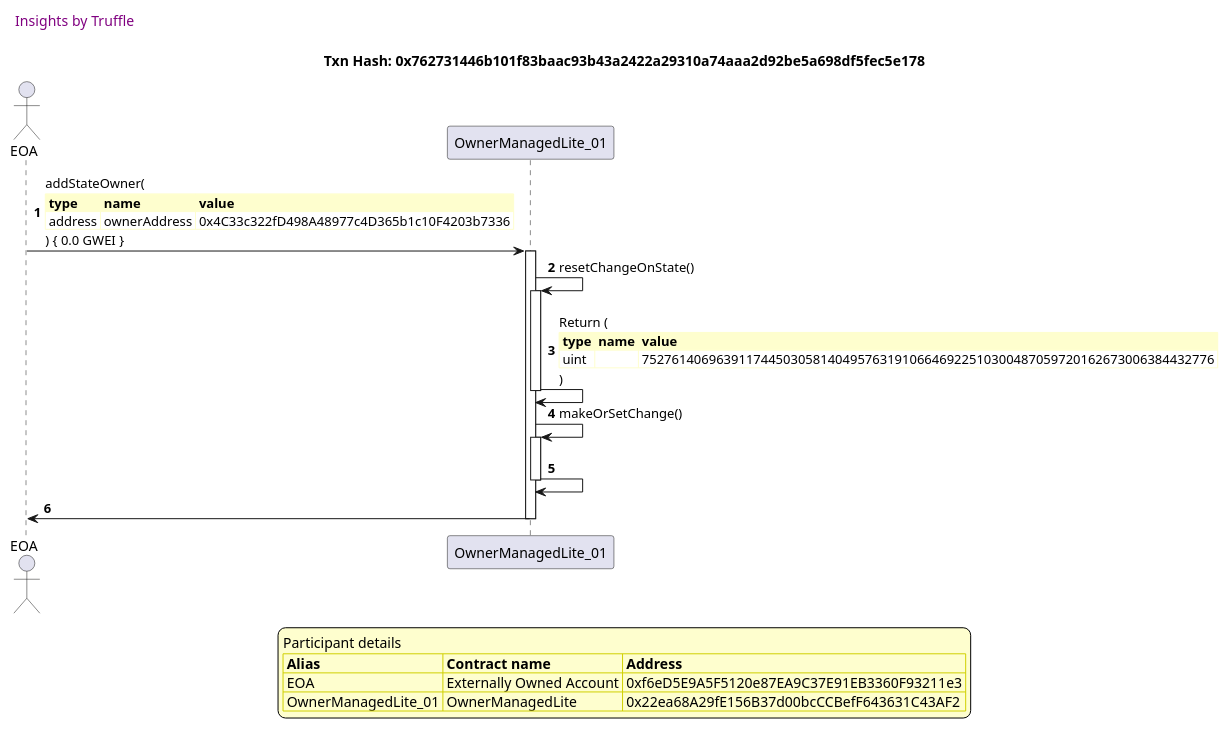
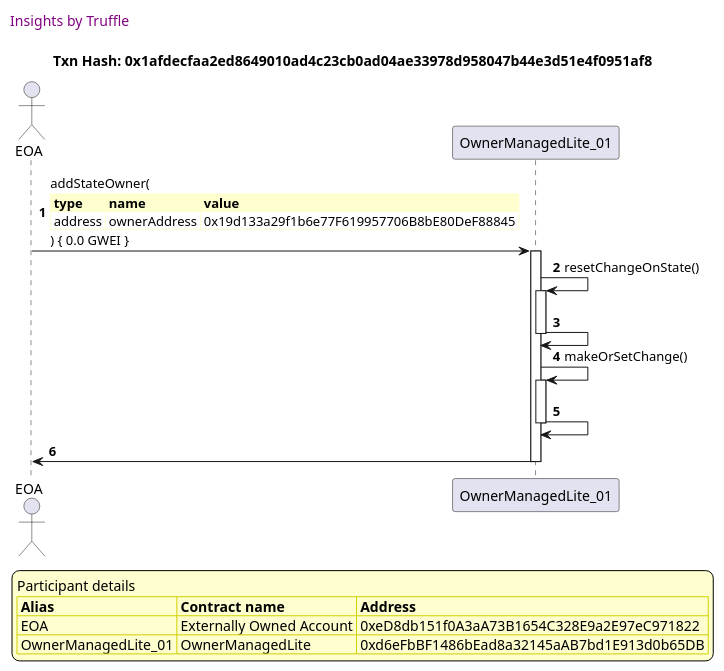
Diagram 14 of 15 in truffle-seq/OwnerManagedLite_test_agree_to_state_change.md (thedarkjester/ConsensysAssignment), drawn with PlantUML before and after one commit. The commit also changed other lines of this file and 13 other files, not shown here.

````diff
--- a/truffle-seq/OwnerManagedLite_test_agree_to_state_change.md
+++ b/truffle-seq/OwnerManagedLite_test_agree_to_state_change.md
@@ -646,47 +630,44 @@
 ```plantuml
 
 
 @startuml
 
 autonumber
 skinparam legendBackgroundColor #FEFECE
 
 <style>
       header {
         HorizontalAlignment left
         FontColor purple
         FontSize 14
         Padding 10
       }
     </style>
 
 header Insights by Truffle
 
-title Txn Hash: 0x762731446b101f83baac93b43a2422a29310a74aaa2d92be5a698df5fec5e178
+title Txn Hash: 0x1afdecfaa2ed8649010ad4c23cb0ad04ae33978d958047b44e3d51e4f0951af8
 
 
 actor EOA as "EOA"
 participant OwnerManagedLite_01 as "OwnerManagedLite_01"
 
 "EOA" -> "OwnerManagedLite_01" ++: addStateOwner(\n\
 <#FEFECE,#FEFECE>|= type |= name |= value |\n\
-| address | ownerAddress | 0x4C33c322fD498A48977c4D365b1c10F4203b7336 |\n\
+| address | ownerAddress | 0x19d133a29f1b6e77F619957706B8bE80DeF88845 |\n\
 ) { 0.0 GWEI }
 "OwnerManagedLite_01" -> "OwnerManagedLite_01" ++: resetChangeOnState()
-"OwnerManagedLite_01" -> "OwnerManagedLite_01" --: Return (\n\
-<#FEFECE,#FEFECE>|= type |= name |= value |\n\
-| uint |  | 75276140696391174450305814049576319106646922510300487059720162673006384432776 |\n\
-)
+"OwnerManagedLite_01" -> "OwnerManagedLite_01" --: 
 "OwnerManagedLite_01" -> "OwnerManagedLite_01" ++: makeOrSetChange()
 "OwnerManagedLite_01" -> "OwnerManagedLite_01" --: 
 "OwnerManagedLite_01" -> "EOA" --: 
 
 legend
 Participant details
 <#FEFECE,#D0D000>|= Alias |= Contract name |= Address |
-<#FEFECE>| EOA | Externally Owned Account | 0xf6eD5E9A5F5120e87EA9C37E91EB3360F93211e3 |
-<#FEFECE>| OwnerManagedLite_01 | OwnerManagedLite | 0x22ea68A29fE156B37d00bcCCBefF643631C43AF2 |
+<#FEFECE>| EOA | Externally Owned Account | 0xeD8db151f0A3aA73B1654C328E9a2E97eC971822 |
+<#FEFECE>| OwnerManagedLite_01 | OwnerManagedLite | 0xd6eFbBF1486bEad8a32145aAB7bd1E913d0b65DB |
 endlegend
 
 @enduml
 ```
````
